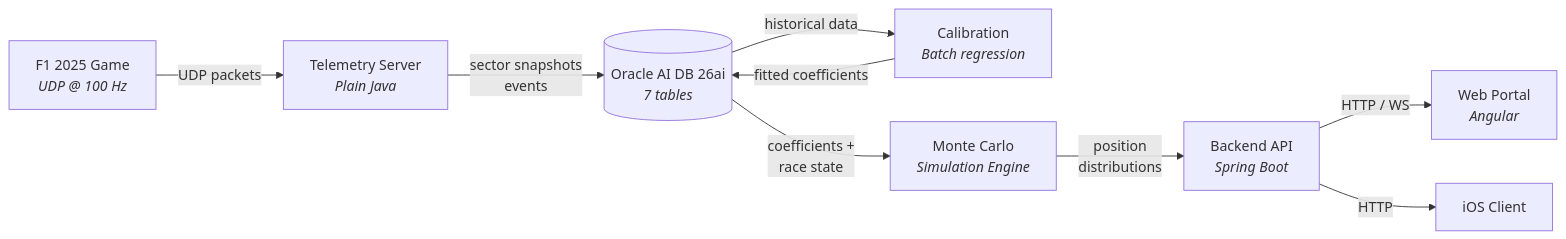
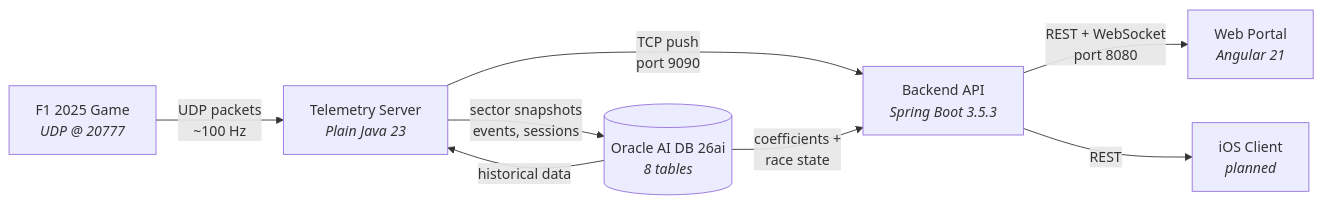
The first of 2 diagrams in README.md (vmleon/f12025-race-strategy-simulation), drawn with Mermaid before and after one commit. The commit also changed other lines of this file, not shown here.

````diff
--- a/README.md
+++ b/README.md
@@ -7,20 +7,17 @@
 ```mermaid
 graph LR
-    Game["F1 2025 Game<br/><i>UDP @ 100 Hz</i>"]
-    Ingest["Telemetry Server<br/><i>Plain Java</i>"]
-    DB[(Oracle AI DB 26ai<br/><i>7 tables</i>)]
-    Calib["Calibration<br/><i>Batch regression</i>"]
-    Sim["Monte Carlo<br/><i>Simulation Engine</i>"]
-    Backend["Backend API<br/><i>Spring Boot</i>"]
-    Portal["Web Portal<br/><i>Angular</i>"]
-    Client["iOS Client"]
+    Game["F1 2025 Game<br/><i>UDP @ 20777</i>"]
+    Ingest["Telemetry Server<br/><i>Plain Java 23</i>"]
+    DB[("Oracle AI DB 26ai<br/><i>8 tables</i>")]
+    Backend["Backend API<br/><i>Spring Boot 3.5.3</i>"]
+    Portal["Web Portal<br/><i>Angular 21</i>"]
+    Client["iOS Client<br/><i>planned</i>"]
 
-    Game -- "UDP packets" --> Ingest
-    Ingest -- "sector snapshots<br/>events" --> DB
-    DB -- "historical data" --> Calib
-    Calib -- "fitted coefficients" --> DB
-    DB -- "coefficients +<br/>race state" --> Sim
-    Sim -- "position<br/>distributions" --> Backend
-    Backend -- "HTTP / WS" --> Portal
-    Backend -- "HTTP" --> Client
+    Game -- "UDP packets<br/>~100 Hz" --> Ingest
+    Ingest -- "sector snapshots<br/>events, sessions" --> DB
+    Ingest -- "TCP push<br/>port 9090" --> Backend
+    DB -- "historical data" --> Ingest
+    DB -- "coefficients +<br/>race state" --> Backend
+    Backend -- "REST + WebSocket<br/>port 8080" --> Portal
+    Backend -- "REST" --> Client
 ```
````
